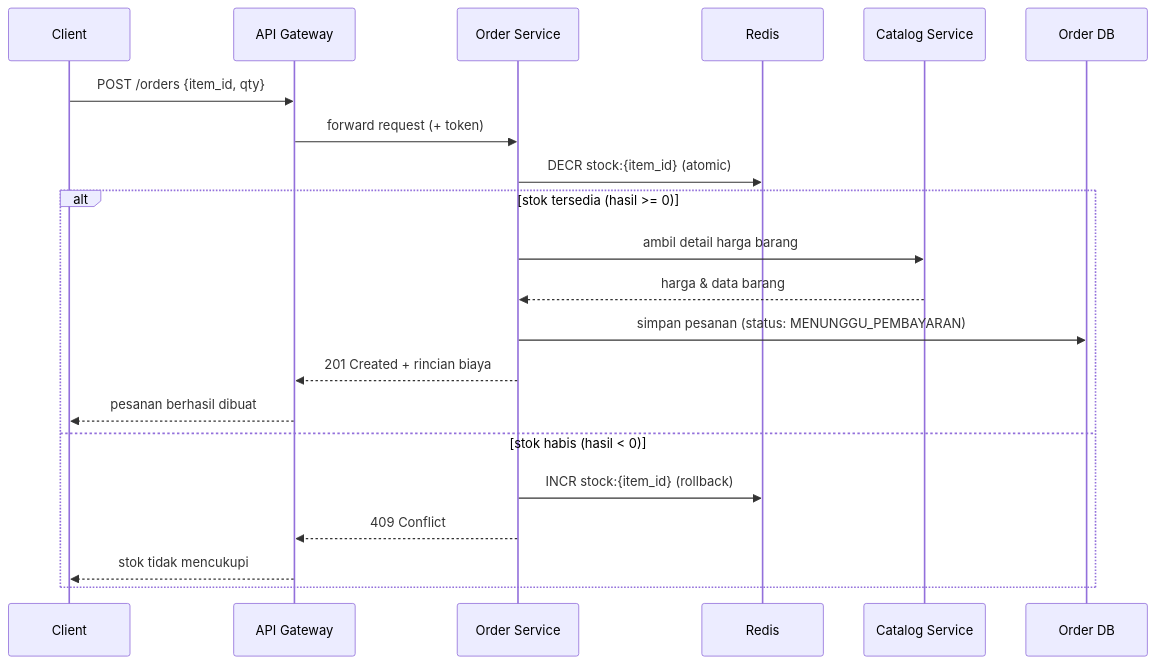
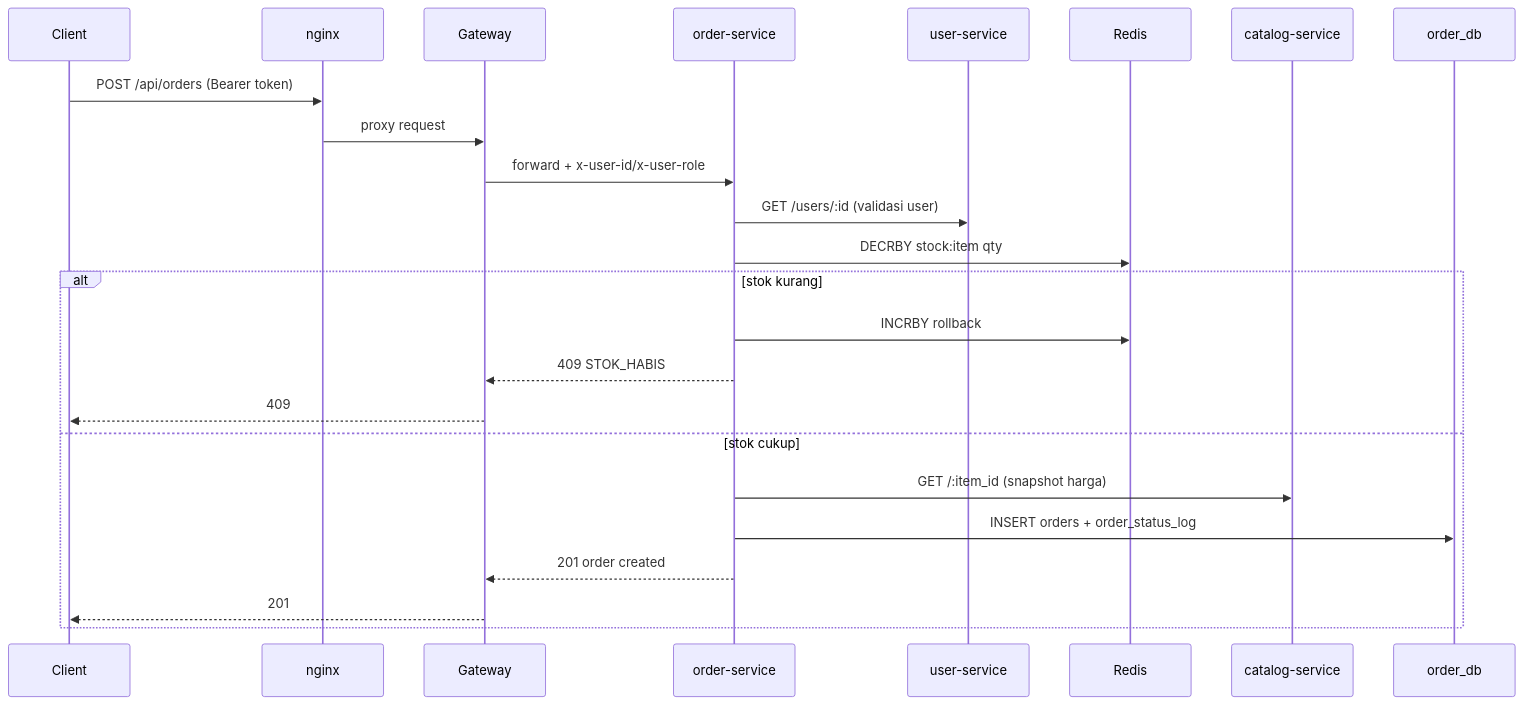
Before and after one commit to arfanmaulanairwansyah/jastip-jp: the second of 2 diagrams in docs/ARCHITECTURE.md, drawn with Mermaid. The commit also changed other lines of this file and 11 other files, not shown here.

````diff
--- a/docs/ARCHITECTURE.md
+++ b/docs/ARCHITECTURE.md
@@ -82,24 +91,27 @@
 ```mermaid
 sequenceDiagram
     participant C as Client
-    participant GW as API Gateway
-    participant OS as Order Service
+    participant N as nginx
+    participant G as Gateway
+    participant O as order-service
+    participant U as user-service
     participant R as Redis
-    participant CS as Catalog Service
-    participant ODB as Order DB
+    participant K as catalog-service
+    participant DB as order_db
 
-    C->>GW: POST /orders {item_id, qty}
-    GW->>OS: forward request (+ token)
-    OS->>R: DECR stock:{item_id} (atomic)
-    alt stok tersedia (hasil >= 0)
-        OS->>CS: ambil detail harga barang
-        CS-->>OS: harga & data barang
-        OS->>ODB: simpan pesanan (status: MENUNGGU_PEMBAYARAN)
-        OS-->>GW: 201 Created + rincian biaya
-        GW-->>C: pesanan berhasil dibuat
-    else stok habis (hasil < 0)
-        OS->>R: INCR stock:{item_id} (rollback)
-        OS-->>GW: 409 Conflict
-        GW-->>C: stok tidak mencukupi
+    C->>N: POST /api/orders (Bearer token)
+    N->>G: proxy request
+    G->>O: forward + x-user-id/x-user-role
+    O->>U: GET /users/:id (validasi user)
+    O->>R: DECRBY stock:item qty
+    alt stok kurang
+        O->>R: INCRBY rollback
+        O-->>G: 409 STOK_HABIS
+        G-->>C: 409
+    else stok cukup
+        O->>K: GET /:item_id (snapshot harga)
+        O->>DB: INSERT orders + order_status_log
+        O-->>G: 201 order created
+        G-->>C: 201
     end
 ```
````
